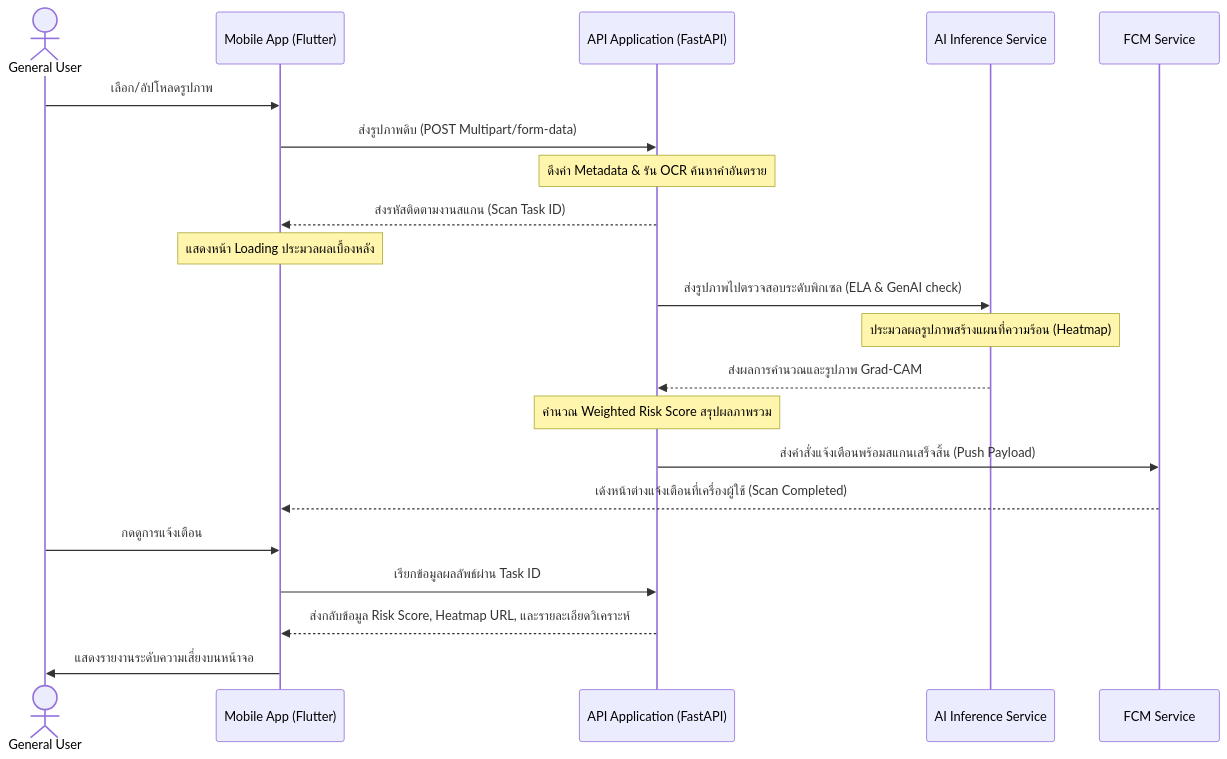
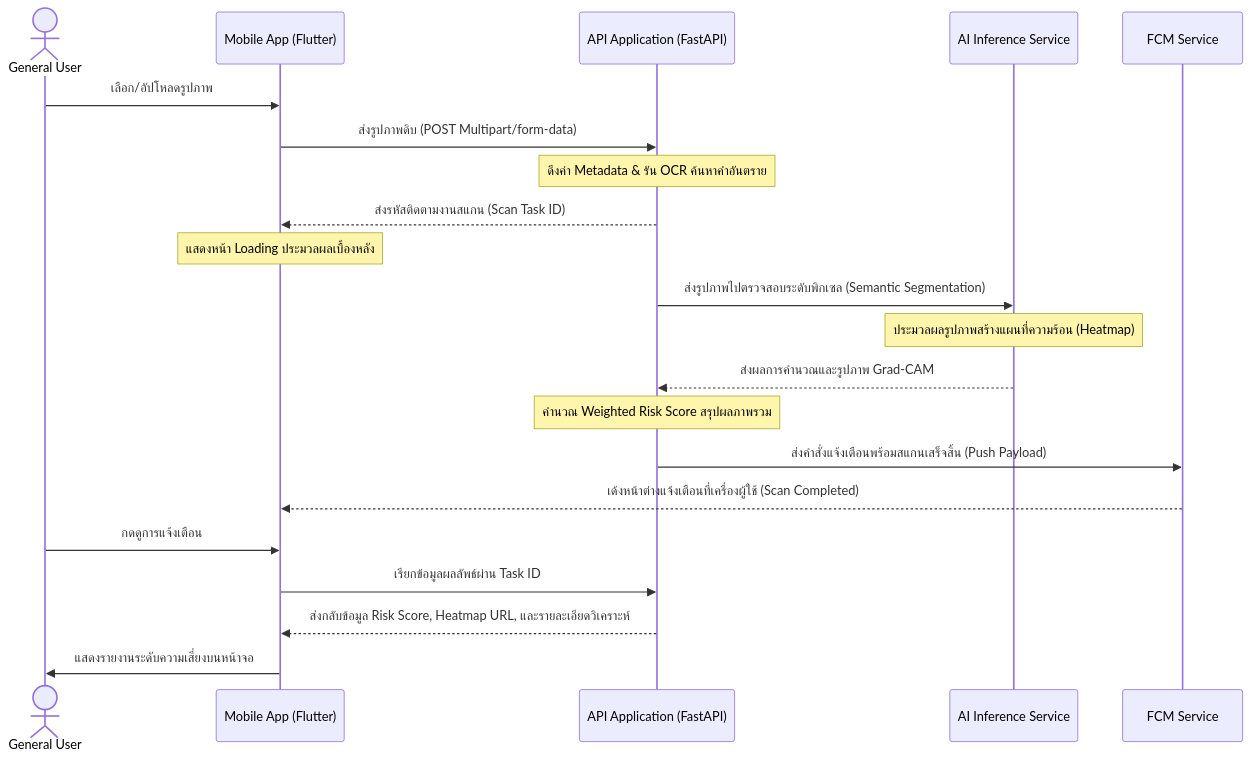
The third of 3 diagrams in design/design.md (Panuwat-ta/project), drawn with Mermaid before and after one commit. The commit also changed 61 other files, not shown here.

Commit message:
refactor: update documentation terminology by replacing ELA and outdated model metrics with semantic segmentation standards across project wiki and web docs

````diff
--- a/design/design.md
+++ b/design/design.md
@@ -123,27 +123,27 @@
 ```mermaid
 sequenceDiagram
     actor User as General User
     participant App as Mobile App (Flutter)
     participant API as API Application (FastAPI)
     participant AI as AI Inference Service
     participant Push as FCM Service
 
     User->>App: เลือก/อัปโหลดรูปภาพ
     App->>API: ส่งรูปภาพดิบ (POST Multipart/form-data)
     Note over API: ดึงค่า Metadata & รัน OCR ค้นหาคำอันตราย
     API-->>App: ส่งรหัสติดตามงานสแกน (Scan Task ID)
     Note over App: แสดงหน้า Loading ประมวลผลเบื้องหลัง
     
-    API->>AI: ส่งรูปภาพไปตรวจสอบระดับพิกเซล (ELA & GenAI check)
+    API->>AI: ส่งรูปภาพไปตรวจสอบระดับพิกเซล (Semantic Segmentation)
     Note over AI: ประมวลผลรูปภาพสร้างแผนที่ความร้อน (Heatmap)
     AI-->>API: ส่งผลการคำนวณและรูปภาพ Grad-CAM
     
     Note over API: คำนวณ Weighted Risk Score สรุปผลภาพรวม
     API->>Push: ส่งคำสั่งแจ้งเตือนพร้อมสแกนเสร็จสิ้น (Push Payload)
     Push-->>App: เด้งหน้าต่างแจ้งเตือนที่เครื่องผู้ใช้ (Scan Completed)
     
     User->>App: กดดูการแจ้งเตือน
     App->>API: เรียกข้อมูลผลลัพธ์ผ่าน Task ID
     API-->>App: ส่งกลับข้อมูล Risk Score, Heatmap URL, และรายละเอียดวิเคราะห์
     App->>User: แสดงรายงานระดับความเสี่ยงบนหน้าจอ
 ```
````
